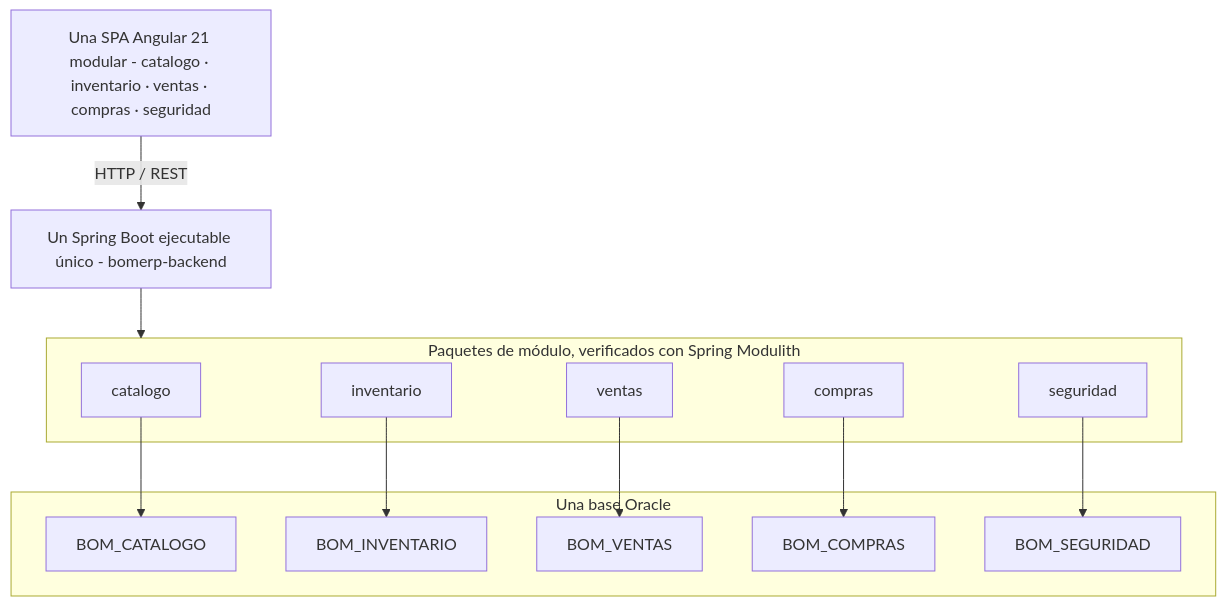
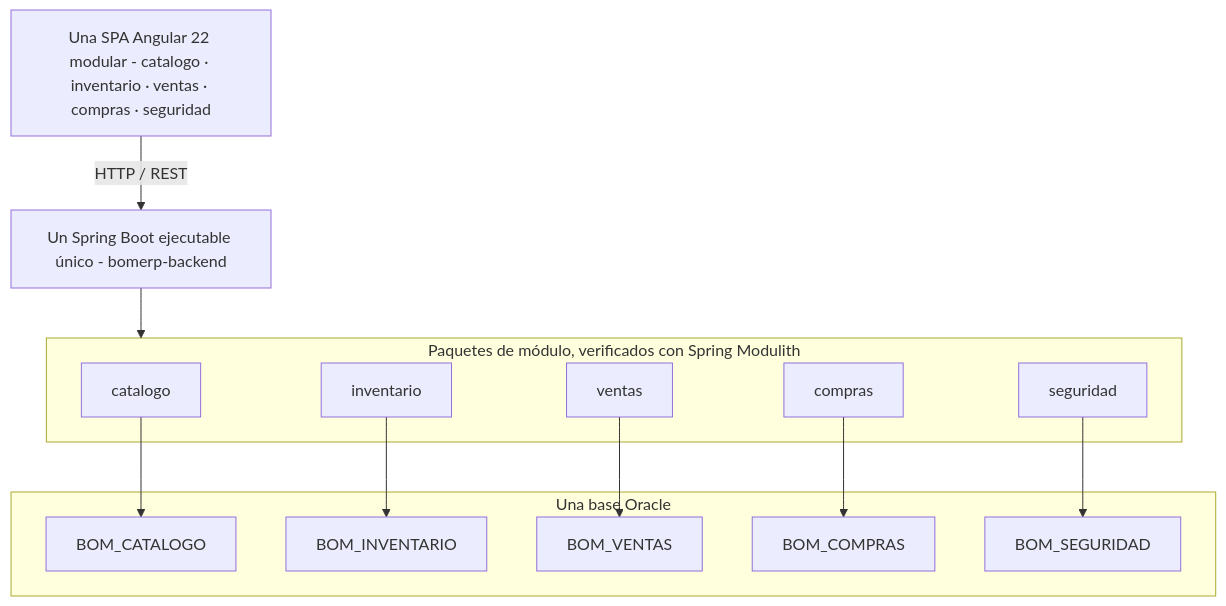
Before and after one commit to 262ciclo4/bomerp: the diagram in docs/lp2/index.md, drawn with Mermaid. The commit also changed other lines of this file and 7 other files, not shown here.

````diff
--- a/docs/lp2/index.md
+++ b/docs/lp2/index.md
@@ -76,29 +76,29 @@
 ```mermaid
 flowchart TB
-    SPA[Una SPA Angular 21 modular - catalogo · inventario · ventas · compras · seguridad]
+    SPA[Una SPA Angular 22 modular - catalogo · inventario · ventas · compras · seguridad]
     APP[Un Spring Boot ejecutable único - bomerp-backend]
 
     subgraph MOD[Paquetes de módulo, verificados con Spring Modulith]
         CAT[catalogo]
         INV[inventario]
         VEN[ventas]
         COM[compras]
         SEG[seguridad]
     end
 
     subgraph ORA[Una base Oracle]
         SCAT[BOM_CATALOGO]
         SINV[BOM_INVENTARIO]
         SVEN[BOM_VENTAS]
         SCOM[BOM_COMPRAS]
         SSEG[BOM_SEGURIDAD]
     end
 
     SPA -->|HTTP / REST| APP
     APP --> MOD
     CAT --> SCAT
     INV --> SINV
     VEN --> SVEN
     COM --> SCOM
     SEG --> SSEG
 ```
````
